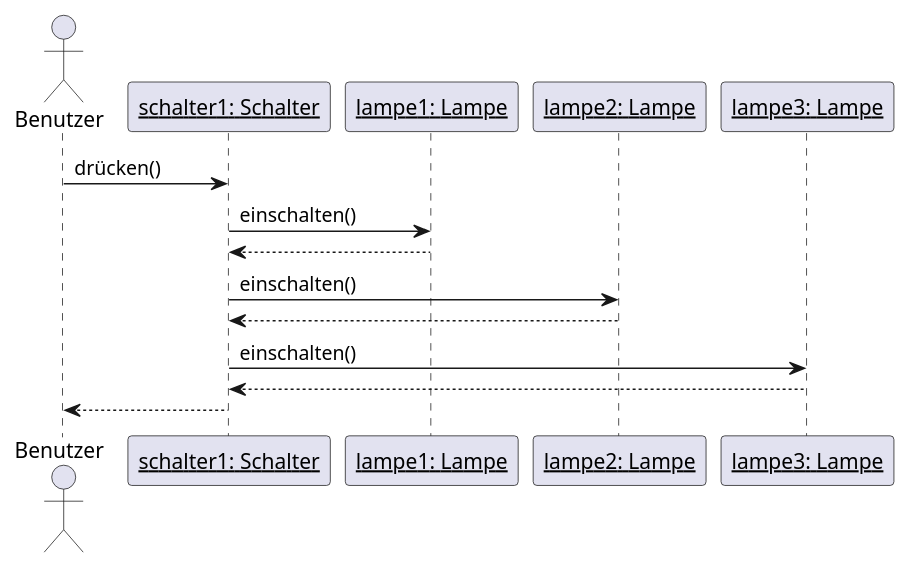
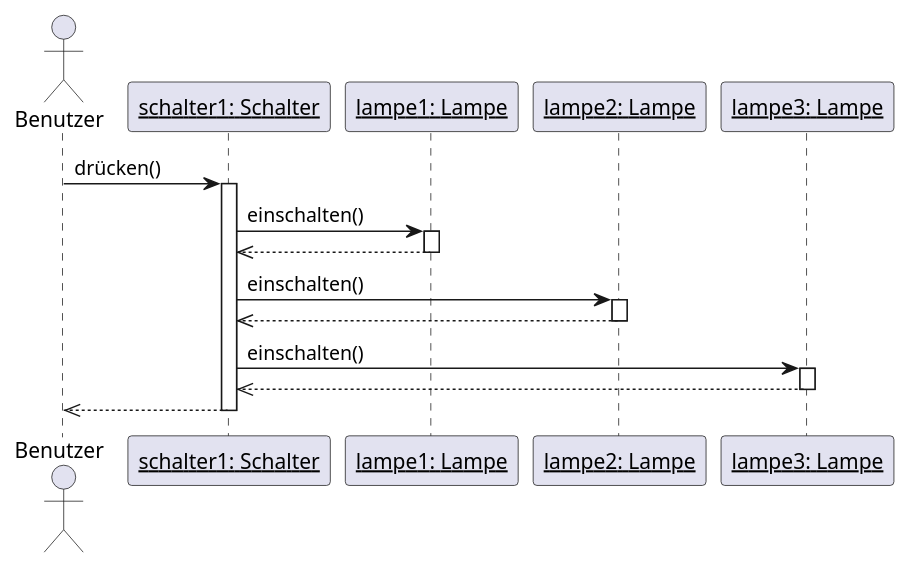
One commit to andrebauer/unterricht changed the first of 8 diagrams in docs/anwendungsentwicklung/objektorientierte-analyse-und-modellierung/information-objektorientierte-analyse.adoc. Above: the diagram before and after it, drawn with PlantUML. The commit also changed other lines of this file and 1 other file, not shown here.

Commit message:
Added execution specifications to the sequence diagrams.

```diff
--- a/docs/anwendungsentwicklung/objektorientierte-analyse-und-modellierung/information-objektorientierte-analyse.adoc
+++ b/docs/anwendungsentwicklung/objektorientierte-analyse-und-modellierung/information-objektorientierte-analyse.adoc
@@ -85,17 +85,28 @@
 [plantuml, {prefix}-sequenzdiagramm-1, svg]
 ....
 actor Benutzer
 
 Benutzer -> "<u>schalter1: Schalter</u>" as schalter1: drücken()
+activate schalter1
 
 schalter1 -> "<u>lampe1: Lampe</u>" as lampe1: einschalten()
-lampe1 --> schalter1
+activate lampe1
+
+lampe1 -->> schalter1
+deactivate lampe1
 
 schalter1 -> "<u>lampe2: Lampe</u>" as lampe2: einschalten()
-lampe2 --> schalter1
+activate lampe2
+
+lampe2 -->> schalter1
+deactivate lampe2
 
 schalter1 -> "<u>lampe3: Lampe</u>" as lampe3: einschalten()
-lampe3 --> schalter1
+activate lampe3
 
-schalter1 --> Benutzer
+lampe3 -->> schalter1
+deactivate lampe3
+
+schalter1 -->> Benutzer
+deactivate schalter1
 ....
```
